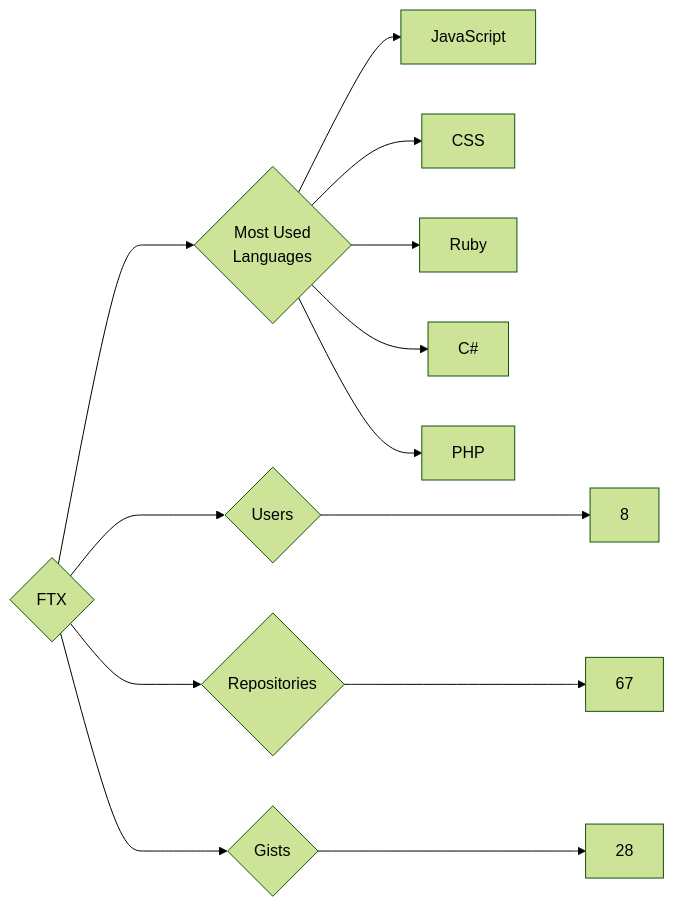
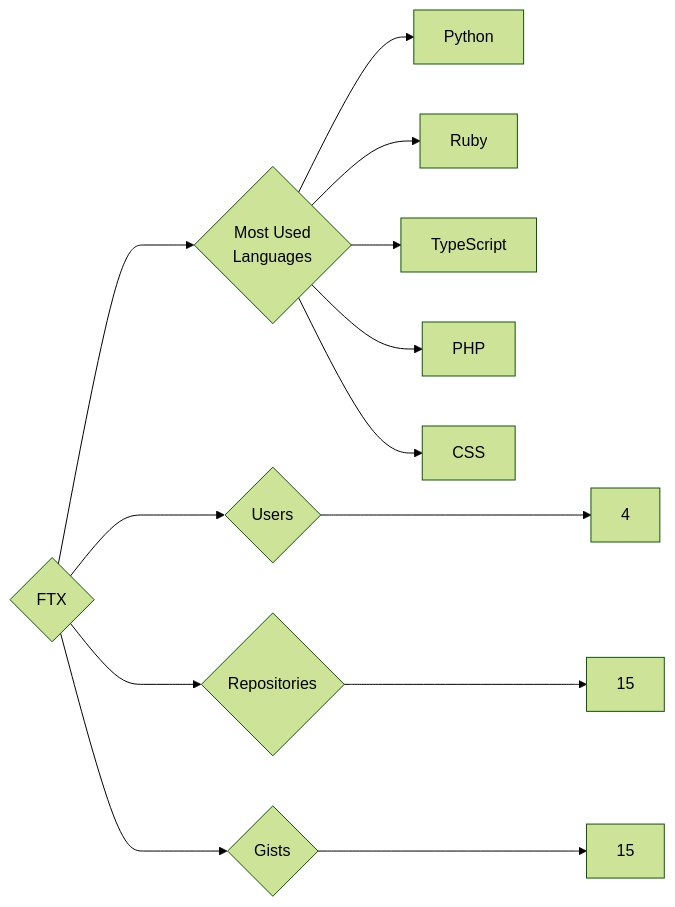
Before and after one commit to trickest/insiders: the diagram in targets/FTX/README.md, drawn with Mermaid (forest theme). The commit also changed 1148 other files, not shown here.

````diff
--- a/targets/FTX/README.md
+++ b/targets/FTX/README.md
@@ -3,13 +3,13 @@
 ```mermaid
 graph LR
 COMPANY_NAME{FTX}
-COMPANY_NAME ---> U{Users} ---> UN[8]
-COMPANY_NAME ---> R{Repositories} ---> RN[67]
-COMPANY_NAME ---> G{Gists} ---> GN[28]
+COMPANY_NAME ---> U{Users} ---> UN[4]
+COMPANY_NAME ---> R{Repositories} ---> RN[15]
+COMPANY_NAME ---> G{Gists} ---> GN[15]
 COMPANY_NAME ---> ML{Most Used<br>Languages}
-ML --> JavaScript[JavaScript]
+ML --> Python[Python]
+ML --> Ruby[Ruby]
+ML --> TypeScript[TypeScript]
+ML --> PHP[PHP]
 ML --> CSS[CSS]
-ML --> Ruby[Ruby]
-ML --> C#[C#]
-ML --> PHP[PHP]
 ```
````
